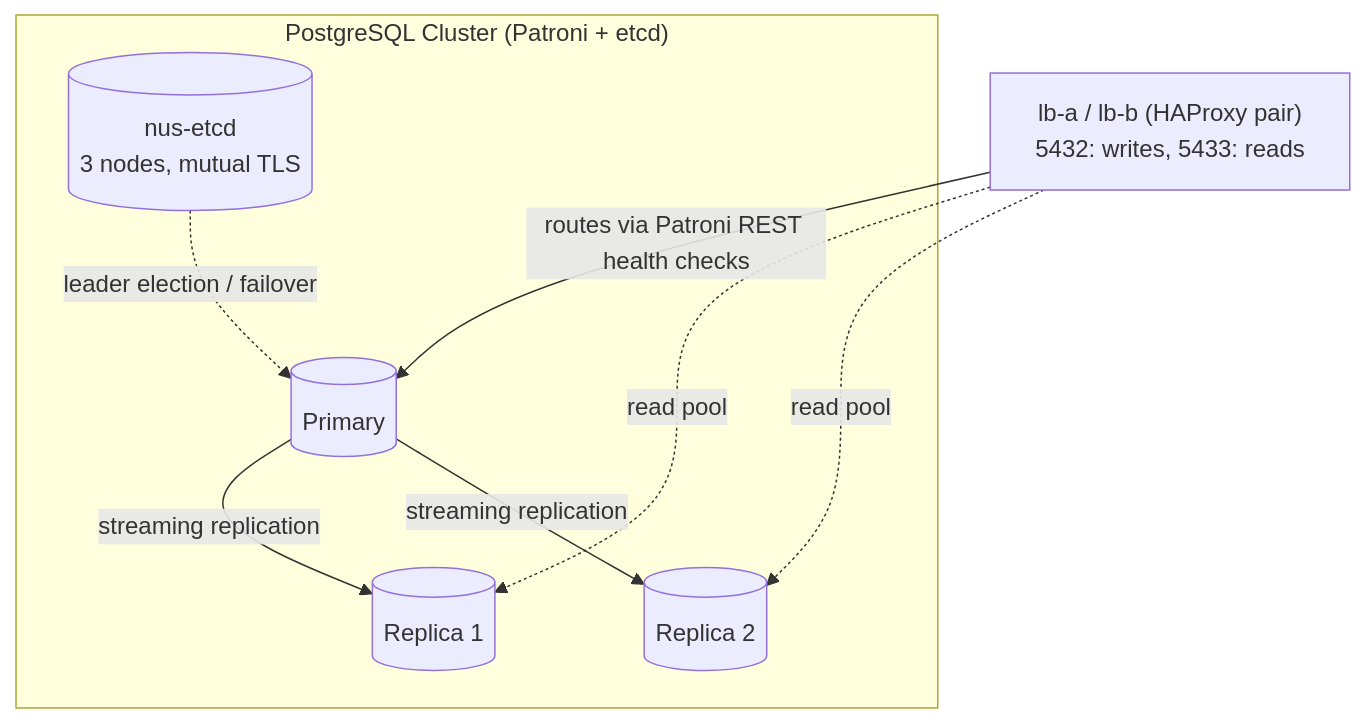
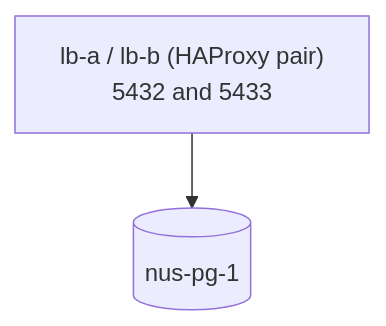
One commit to bahman-farhadian/Meanul-Data-Studio changed the fifth of 9 diagrams in README.md. Above: the diagram before and after it, drawn with Mermaid. The commit also changed other lines of this file and 8 other files, not shown here.

````diff
--- a/README.md
+++ b/README.md
@@ -312,18 +304,7 @@
 ```mermaid
 graph TB
-    HAP["lb-a / lb-b (HAProxy pair)<br/>5432: writes, 5433: reads"]
+    HAP["lb-a / lb-b (HAProxy pair)<br/>5432 and 5433"]
+    PG[("nus-pg-1")]
 
-    subgraph PGCluster ["PostgreSQL Cluster (Patroni + etcd)"]
-        PRIM[("Primary")]
-        REP1[("Replica 1")]
-        REP2[("Replica 2")]
-        ETCD[("nus-etcd<br/>3 nodes, mutual TLS")]
-    end
-
-    HAP -->|"routes via Patroni REST health checks"| PRIM
-    HAP -.->|"read pool"| REP1
-    HAP -.->|"read pool"| REP2
-    PRIM -->|"streaming replication"| REP1
-    PRIM -->|"streaming replication"| REP2
-    ETCD -.->|"leader election / failover"| PRIM
+    HAP --> PG
 ```
````
